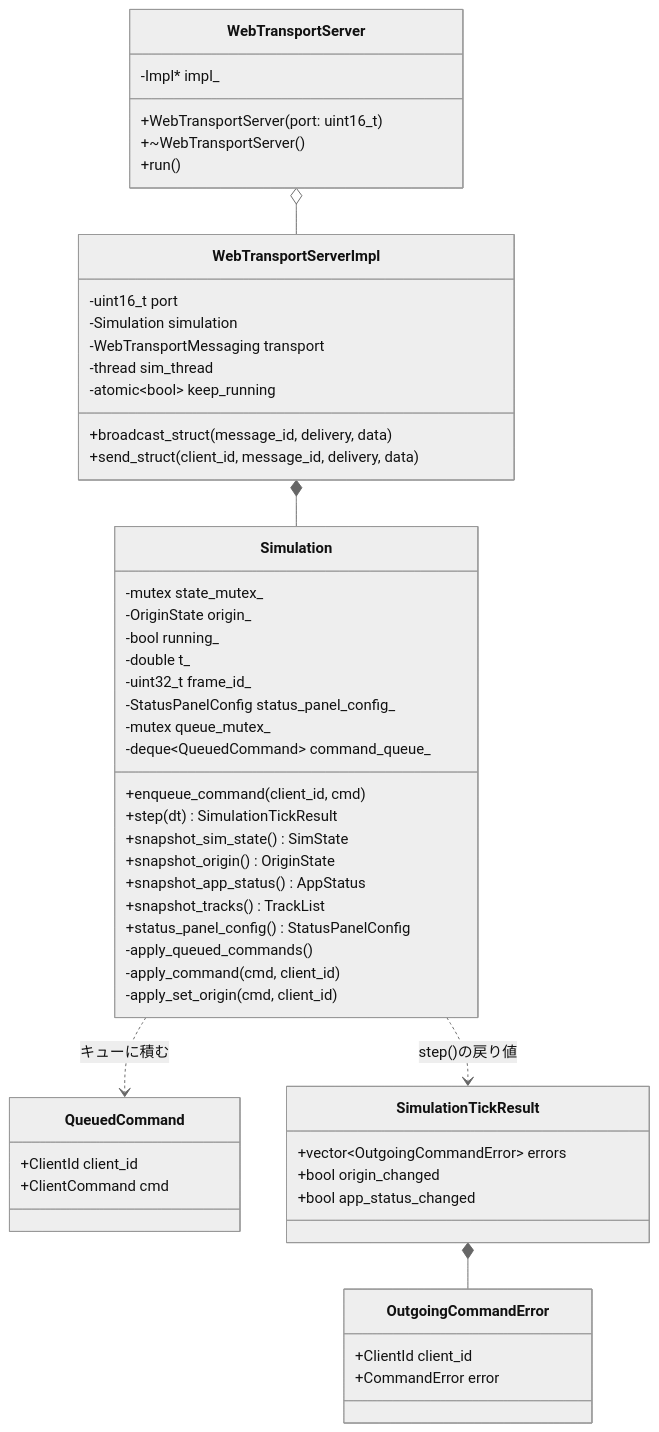
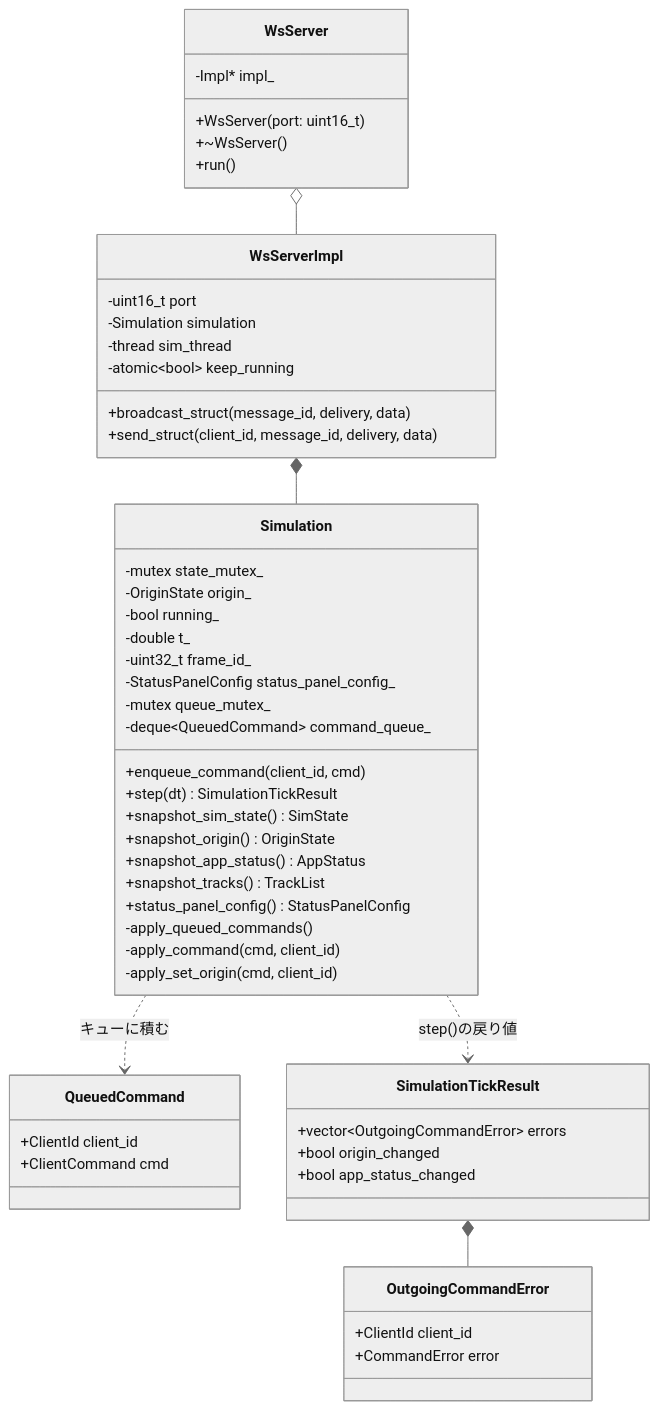
Before and after one commit to ham1a6/SimulationView: the seventh of 11 diagrams in sample/docs/DETAILED_DESIGN.md, drawn with Mermaid (neutral theme). The commit also changed other lines of this file and 27 other files, not shown here.

````diff
--- a/sample/docs/DETAILED_DESIGN.md
+++ b/sample/docs/DETAILED_DESIGN.md
@@ -363,57 +362,56 @@
 ```mermaid
 classDiagram
-    class WebTransportServer {
+    class WsServer {
         -Impl* impl_
-        +WebTransportServer(port: uint16_t)
-        +~WebTransportServer()
+        +WsServer(port: uint16_t)
+        +~WsServer()
         +run()
     }
-    class WebTransportServerImpl {
+    class WsServerImpl {
         -uint16_t port
         -Simulation simulation
-        -WebTransportMessaging transport
         -thread sim_thread
         -atomic~bool~ keep_running
         +broadcast_struct(message_id, delivery, data)
         +send_struct(client_id, message_id, delivery, data)
     }
     class Simulation {
         -mutex state_mutex_
         -OriginState origin_
         -bool running_
         -double t_
         -uint32_t frame_id_
         -StatusPanelConfig status_panel_config_
         -mutex queue_mutex_
         -deque~QueuedCommand~ command_queue_
         +enqueue_command(client_id, cmd)
         +step(dt) SimulationTickResult
         +snapshot_sim_state() SimState
         +snapshot_origin() OriginState
         +snapshot_app_status() AppStatus
         +snapshot_tracks() TrackList
         +status_panel_config() StatusPanelConfig
         -apply_queued_commands()
         -apply_command(cmd, client_id)
         -apply_set_origin(cmd, client_id)
     }
     class QueuedCommand {
         +ClientId client_id
         +ClientCommand cmd
     }
     class SimulationTickResult {
         +vector~OutgoingCommandError~ errors
         +bool origin_changed
         +bool app_status_changed
     }
     class OutgoingCommandError {
         +ClientId client_id
         +CommandError error
     }
 
-    WebTransportServer o-- WebTransportServerImpl
-    WebTransportServerImpl *-- Simulation
+    WsServer o-- WsServerImpl
+    WsServerImpl *-- Simulation
     Simulation ..> QueuedCommand : キューに積む
     Simulation ..> SimulationTickResult : step()の戻り値
     SimulationTickResult *-- OutgoingCommandError
 ```
````
